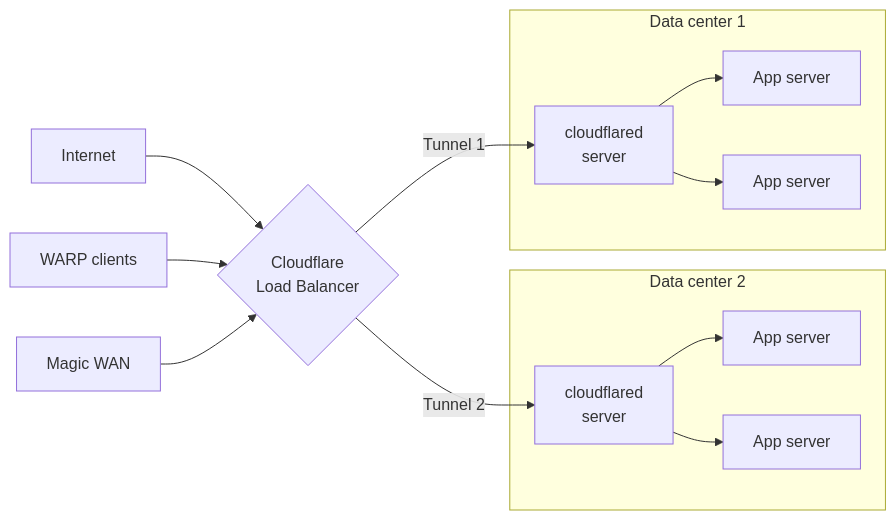
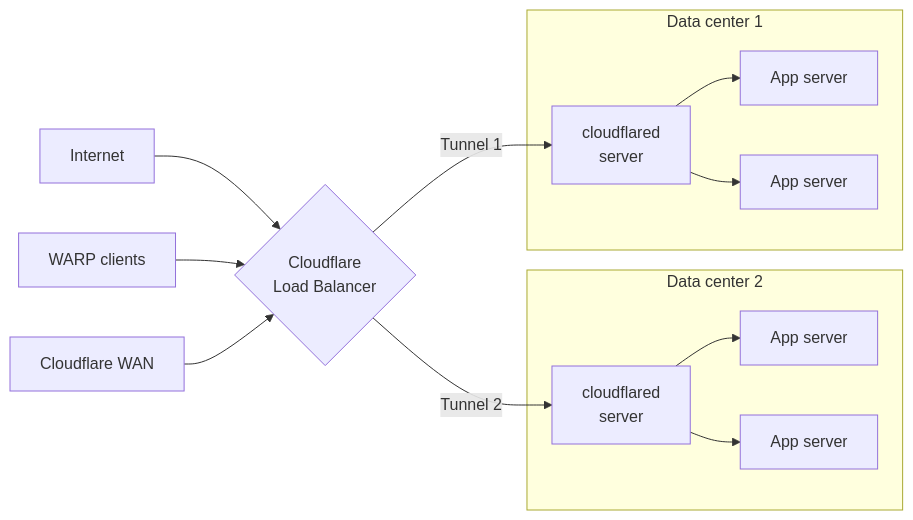
The second of 2 diagrams in src/content/docs/cloudflare-one/networks/connectors/cloudflare-tunnel/configure-tunnels/tunnel-availability/index.mdx (rdhanarot/cloudflare-docs), drawn with Mermaid before and after one commit. The commit also changed other lines of this file and 477 other files, not shown here.

````diff
--- a/src/content/docs/cloudflare-one/networks/connectors/cloudflare-tunnel/configure-tunnels/tunnel-availability/index.mdx
+++ b/src/content/docs/cloudflare-one/networks/connectors/cloudflare-tunnel/configure-tunnels/tunnel-availability/index.mdx
@@ -52,24 +52,24 @@
 ```mermaid
 graph LR
 		accTitle: Load balancing traffic to applications behind Cloudflare Tunnel
 
     A[Internet] --> C{Cloudflare <br> Load Balancer}
     B[WARP clients] --> C
-		M[Magic WAN] --> C
+		M[Cloudflare WAN] --> C
     C -- Tunnel 1 --> cf1
     C -- Tunnel 2 --> cf2
 		subgraph F[Data center 2]
 				cf2[cloudflared <br> server]
        	S3[App server]
         S4[App server]
 				cf2-->S3
 				cf2-->S4
     end
 		subgraph E[Data center 1]
 				cf1[cloudflared <br> server]
         S1[App server]
         S2[App server]
 				cf1-->S1
 				cf1-->S2
     end
 ```
````
